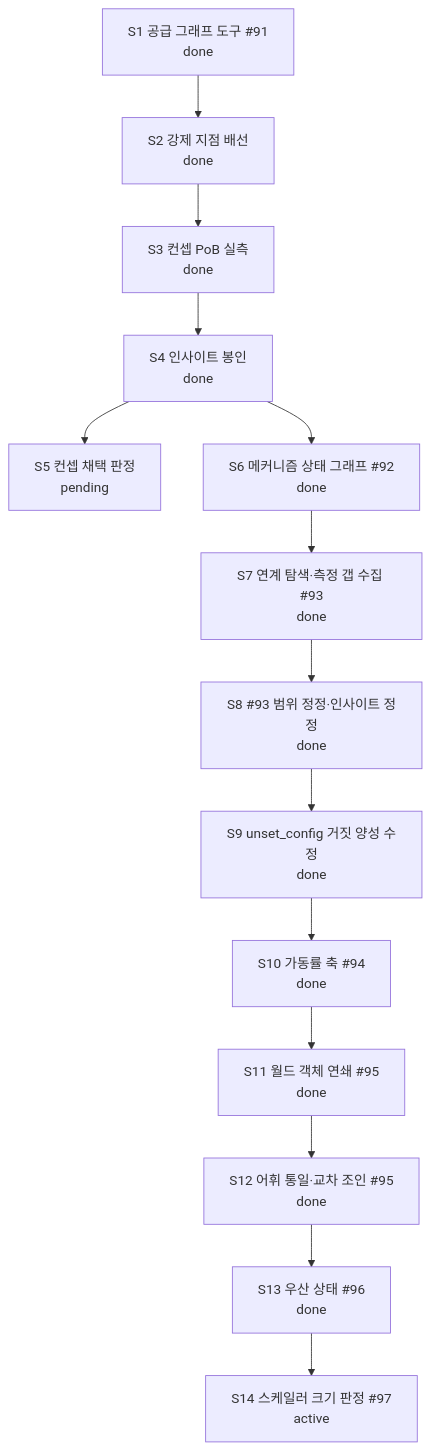
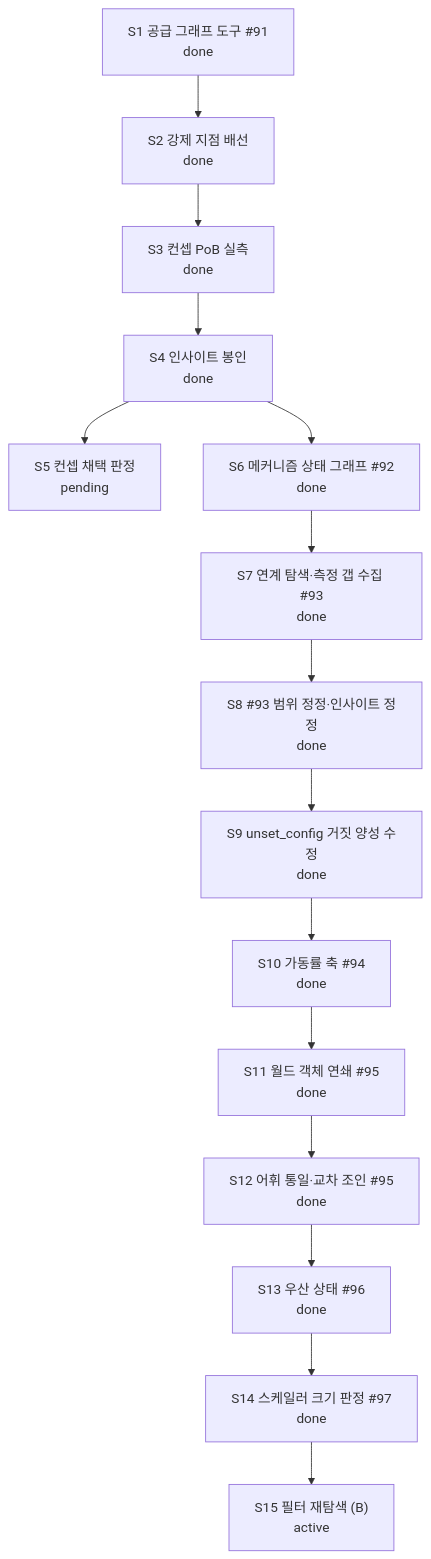
Before and after one commit to skerfolg/poe2-ai-wiki: the diagram in docs/CURRENT-PLAN.md, drawn with Mermaid. The commit also changed other lines of this file and 2 other files, not shown here.

Commit message:
#97 후속 — 상한이 다른 줄에 있으면 못 찾던 결함 수정 (출처 표기)
B 탐색(고친 필터로 축 전수 훑기)을 돌리다 같은 부류의 결함을 하나 더 찾았다.
귀속에서 고쳤던 「배율과 조건이 다른 줄에 있다」가 **상한에도** 있었다.

실측: `Cirel's Cultivation`의 배율 줄은 "10% more damage per allied Totem"인데
상한 "up to 5 Totems in effect radius"는 두 줄 아래라, 토템 10기로 계산해 총 출력을
19배로 부풀렸다(실제 상한 5기 → 7배). 도구가 그대로 통과시켰다.

find_cap이 담체 전체를 보게 하고 **출처를 함께** 낸다:
  cap_source="line"    같은 줄 — 확실
  cap_source="carrier" 다른 줄 — **무관한 줄일 수 있음**, 경고가 원문 확인을 요구

침묵(상한 놓침)보다 낫지만 오탐도 실재해서(예: 별개의 `Limit 1`) 신뢰도를 사람에게
넘긴다(AD-8). 상한 없는 more가 79 → 61건으로 줄었다 — 24건이 「무제한」으로
잘못 보이던 것이었다.

````diff
--- a/docs/CURRENT-PLAN.md
+++ b/docs/CURRENT-PLAN.md
@@ -22,19 +22,20 @@
 ```mermaid
 flowchart TD
   TOOL["S1 공급 그래프 도구 #91<br/>done"]
   WIRE["S2 강제 지점 배선<br/>done"]
   MEASURE["S3 컨셉 PoB 실측<br/>done"]
   SEAL["S4 인사이트 봉인<br/>done"]
   VERDICT["S5 컨셉 채택 판정<br/>pending"]
   MECH["S6 메커니즘 상태 그래프 #92<br/>done"]
   GAPS["S7 연계 탐색·측정 갭 수집 #93<br/>done"]
   FIX["S8 #93 범위 정정·인사이트 정정<br/>done"]
   ROOT["S9 unset_config 거짓 양성 수정<br/>done"]
   UP["S10 가동률 축 #94<br/>done"]
   OBJ["S11 월드 객체 연쇄 #95<br/>done"]
   XW["S12 어휘 통일·교차 조인 #95<br/>done"]
   UMB["S13 우산 상태 #96<br/>done"]
-  SCAL["S14 스케일러 크기 판정 #97<br/>active"]
+  SCAL["S14 스케일러 크기 판정 #97<br/>done"]
+  RESWEEP["S15 필터 재탐색 (B)<br/>active"]
   TOOL --> WIRE --> MEASURE --> SEAL --> VERDICT
-  SEAL --> MECH --> GAPS --> FIX --> ROOT --> UP --> OBJ --> XW --> UMB --> SCAL
+  SEAL --> MECH --> GAPS --> FIX --> ROOT --> UP --> OBJ --> XW --> UMB --> SCAL --> RESWEEP
 ```
````
